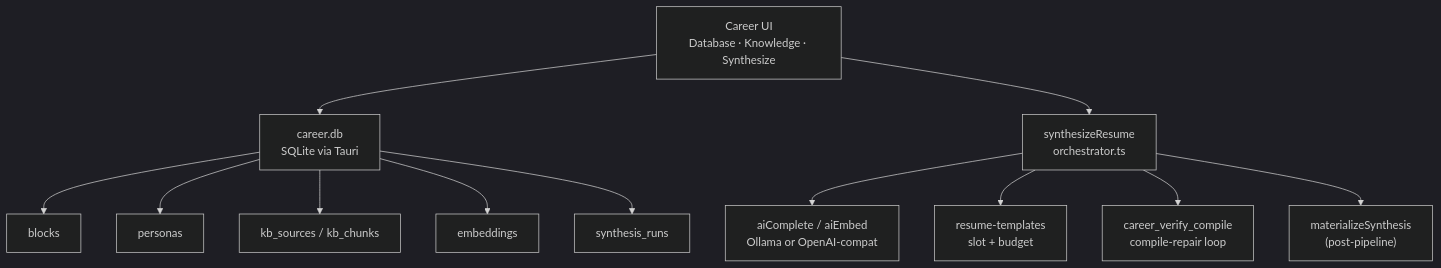
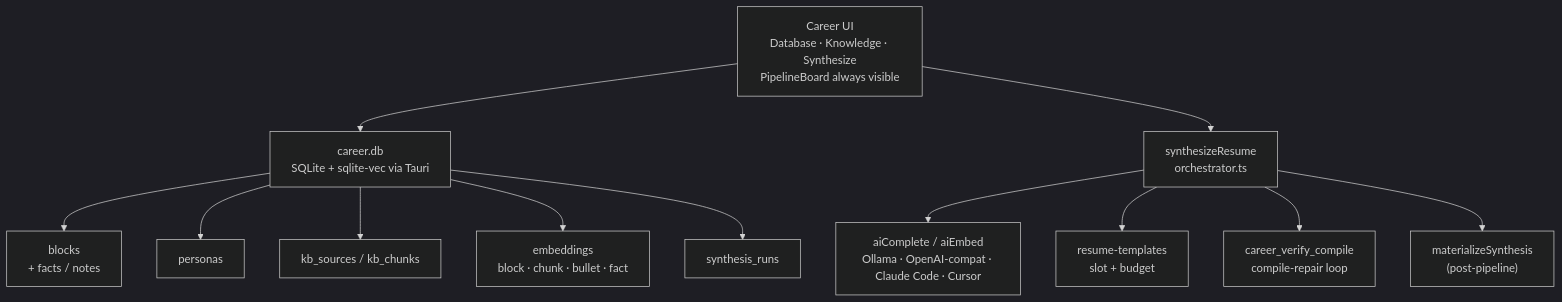
One commit to bharathvbcr/DevPrism changed the first of 2 diagrams in docs/CAREER_PLATFORM_DESIGN.md. Above: the diagram before and after it, drawn with Mermaid (dark theme). The commit also changed other lines of this file and 125 other files, not shown here.

````diff
--- a/docs/CAREER_PLATFORM_DESIGN.md
+++ b/docs/CAREER_PLATFORM_DESIGN.md
@@ -21,14 +23,14 @@
 ```mermaid
 flowchart TD
-  UI["Career UI\nDatabase · Knowledge · Synthesize"] --> DB["career.db\nSQLite via Tauri"]
+  UI["Career UI\nDatabase · Knowledge · Synthesize\nPipelineBoard always visible"] --> DB["career.db\nSQLite + sqlite-vec via Tauri"]
   UI --> Syn["synthesizeResume\norchestrator.ts"]
-  Syn --> LLM["aiComplete / aiEmbed\nOllama or OpenAI-compat"]
+  Syn --> LLM["aiComplete / aiEmbed\nOllama · OpenAI-compat · Claude Code · Cursor"]
   Syn --> Tpl["resume-templates\nslot + budget"]
   Syn --> Comp["career_verify_compile\ncompile-repair loop"]
-  DB --> Blocks[blocks]
+  DB --> Blocks["blocks\n+ facts / notes"]
   DB --> Personas[personas]
   DB --> KB[kb_sources / kb_chunks]
-  DB --> Emb[embeddings]
+  DB --> Emb["embeddings\nblock · chunk · bullet · fact"]
   DB --> Runs[synthesis_runs]
   Syn --> Mat["materializeSynthesis\n(post-pipeline)"]
 ```
````
